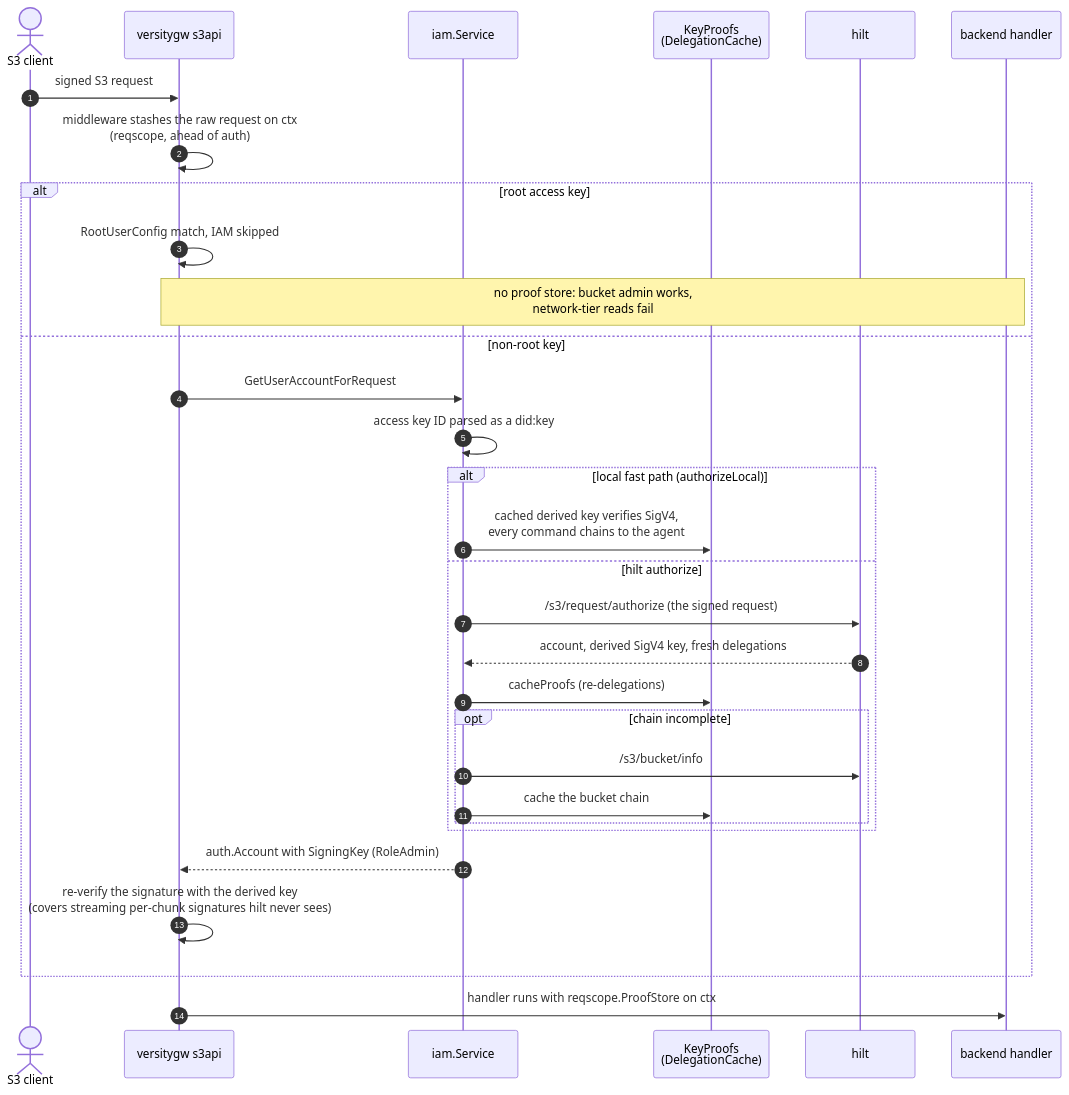
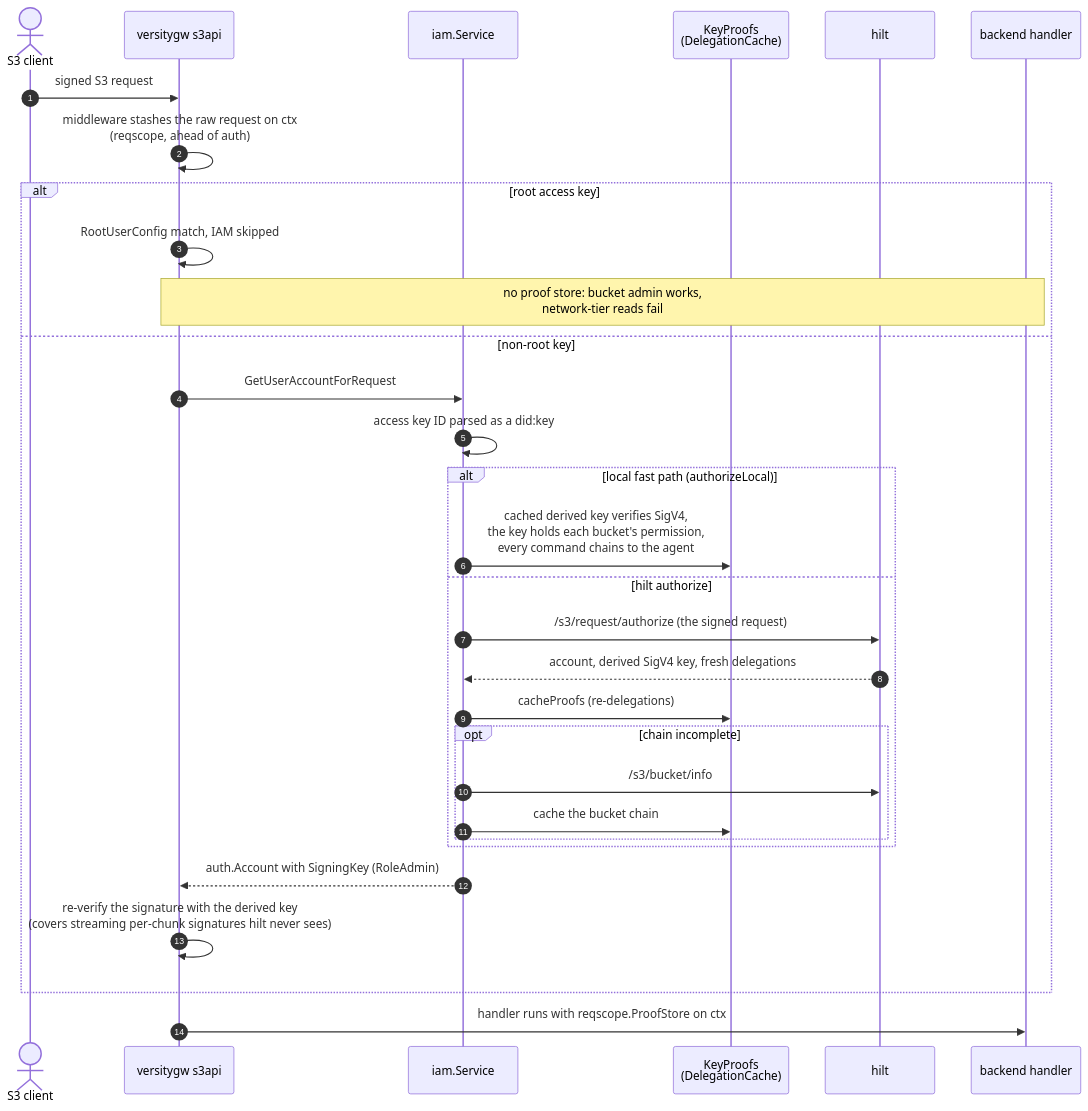
Diagram 12 of 14 in docs/diagrams.md (fil-forge/ingot), drawn with Mermaid before and after one commit. The commit also changed 11 other files, not shown here.

````diff
--- a/docs/diagrams.md
+++ b/docs/diagrams.md
@@ -705,34 +705,34 @@
 ```mermaid
 sequenceDiagram
     autonumber
     actor C as S3 client
     participant G as versitygw s3api
     participant I as iam.Service
     participant K as KeyProofs<br/>(DelegationCache)
     participant H as hilt
     participant B as backend handler
 
     C->>G: signed S3 request
     G->>G: middleware stashes the raw request on ctx<br/>(reqscope, ahead of auth)
     alt root access key
         G->>G: RootUserConfig match, IAM skipped
         Note over G,B: no proof store: bucket admin works,<br/>network-tier reads fail
     else non-root key
         G->>I: GetUserAccountForRequest
         I->>I: access key ID parsed as a did:key
         alt local fast path (authorizeLocal)
-            I->>K: cached derived key verifies SigV4,<br/>every command chains to the agent
+            I->>K: cached derived key verifies SigV4,<br/>the key holds each bucket's permission,<br/>every command chains to the agent
         else hilt authorize
             I->>H: /s3/request/authorize (the signed request)
             H-->>I: account, derived SigV4 key, fresh delegations
             I->>K: cacheProofs (re-delegations)
             opt chain incomplete
                 I->>H: /s3/bucket/info
                 I->>K: cache the bucket chain
             end
         end
         I-->>G: auth.Account with SigningKey (RoleAdmin)
         G->>G: re-verify the signature with the derived key<br/>(covers streaming per-chunk signatures hilt never sees)
     end
     G->>B: handler runs with reqscope.ProofStore on ctx
 ```
````
